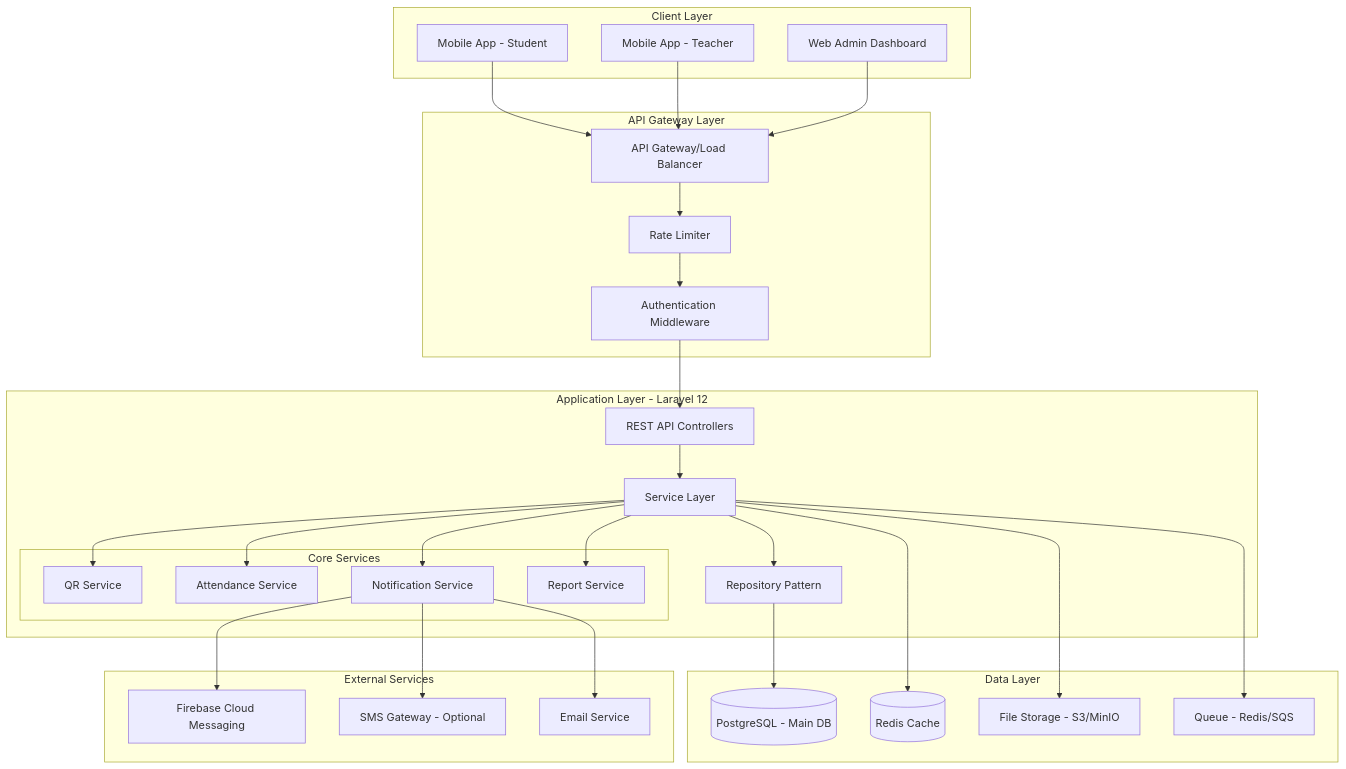
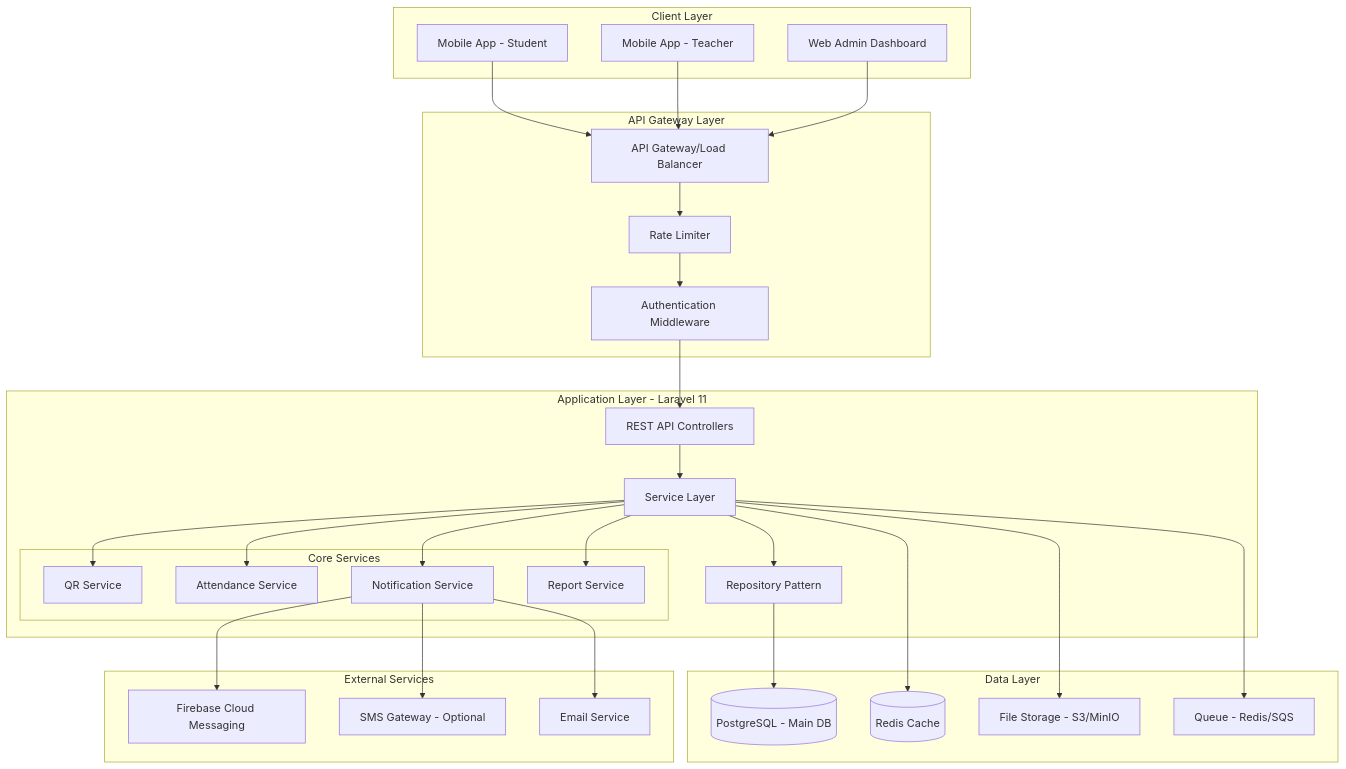
Before and after one commit to FergiawanHinandi/absensiQRPRO: the first of 7 diagrams in backend/docs/01_system_architecture.md, drawn with Mermaid. The commit also changed other lines of this file and 902 other files, not shown here.

````diff
--- a/backend/docs/01_system_architecture.md
+++ b/backend/docs/01_system_architecture.md
@@ -7,60 +7,60 @@
 ```mermaid
 graph TB
     subgraph "Client Layer"
         MA[Mobile App - Student]
         MT[Mobile App - Teacher]
         WA[Web Admin Dashboard]
     end
     
     subgraph "API Gateway Layer"
         AG[API Gateway/Load Balancer]
         RL[Rate Limiter]
         AUTH[Authentication Middleware]
     end
     
-    subgraph "Application Layer - Laravel 12"
+    subgraph "Application Layer - Laravel 11"
         API[REST API Controllers]
         SVC[Service Layer]
         REPO[Repository Pattern]
         
         subgraph "Core Services"
             QRS[QR Service]
             ABS[Attendance Service]
             NTFS[Notification Service]
             REPORTS[Report Service]
         end
     end
     
     subgraph "Data Layer"
         PG[(PostgreSQL - Main DB)]
         RDS[(Redis Cache)]
         S3[File Storage - S3/MinIO]
         QUEUE[Queue - Redis/SQS]
     end
     
     subgraph "External Services"
         FCM[Firebase Cloud Messaging]
         SMS[SMS Gateway - Optional]
         EMAIL[Email Service]
     end
     
     MA --> AG
     MT --> AG
     WA --> AG
     AG --> RL
     RL --> AUTH
     AUTH --> API
     API --> SVC
     SVC --> REPO
     SVC --> QRS
     SVC --> ABS
     SVC --> NTFS
     SVC --> REPORTS
     REPO --> PG
     SVC --> RDS
     SVC --> S3
     SVC --> QUEUE
     NTFS --> FCM
     NTFS --> SMS
     NTFS --> EMAIL
 ```
````
